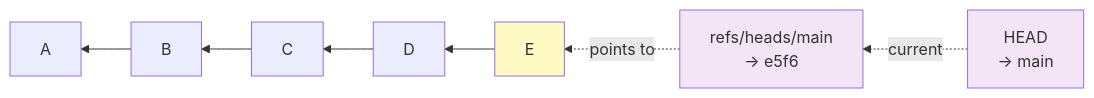
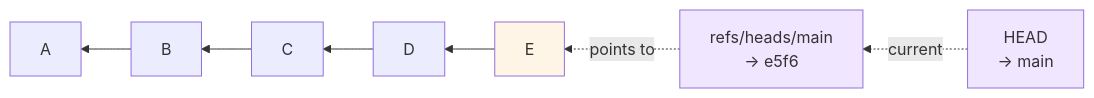
Before and after one commit to mohammedsaif001/full-stack-engineering-notes: the eighth of 8 diagrams in 02-github/Github.md, drawn with Mermaid. The commit also changed other lines of this file and 1 other file, not shown here.

````diff
--- a/02-github/Github.md
+++ b/02-github/Github.md
@@ -829,20 +836,21 @@
 ```mermaid
+%%{init: {'theme': 'default', 'themeVariables': { 'primaryColor': '#fff5e6', 'primaryTextColor': '#000', 'primaryBorderColor': '#0066cc'}} }%%
 graph RL
     A["A"]
     B["B"]
     C["C"]
     D["D"]
     E["E"]
     
     E --> D --> C --> B --> A
     
     MainRef["refs/heads/main<br/>→ e5f6"]
     HeadRef["HEAD<br/>→ main"]
     
     MainRef -.->|points to| E
     HeadRef -.->|current| MainRef
     
-    style E fill:#fff9c4
-    style MainRef fill:#f3e5f5
-    style HeadRef fill:#f3e5f5
+    style E fill:#fff5e6
+    style MainRef fill:#f0e6ff
+    style HeadRef fill:#f0e6ff
 ```
````
